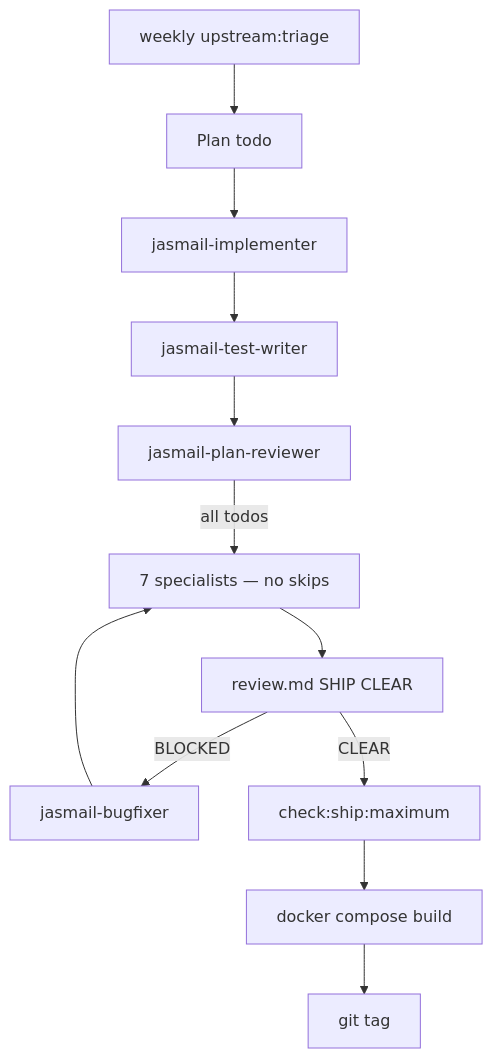
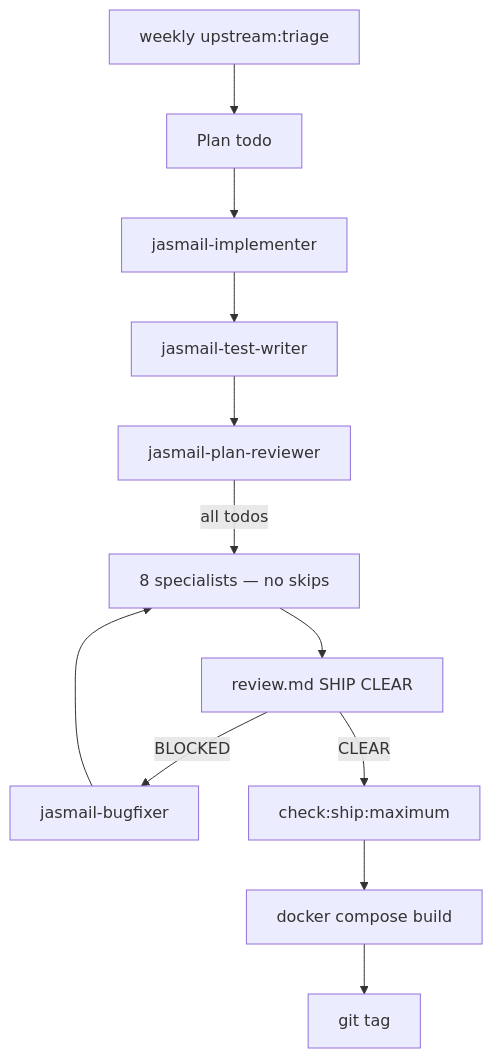
The diagram in docs/DEV_OS.md (jasincanada/jmap-webmail), drawn with Mermaid before and after one commit. The commit also changed other lines of this file and 39 other files, not shown here.

````diff
--- a/docs/DEV_OS.md
+++ b/docs/DEV_OS.md
@@ -36,14 +37,14 @@
 ```mermaid
 flowchart TD
     triage[weekly upstream:triage] --> plan[Plan todo]
     plan --> impl[jasmail-implementer]
     impl --> tests[jasmail-test-writer]
     tests --> micro[jasmail-plan-reviewer]
-    micro -->|all todos| round[7 specialists — no skips]
+    micro -->|all todos| round[8 specialists — no skips]
     round --> artifact[review.md SHIP CLEAR]
     artifact -->|BLOCKED| fix[jasmail-bugfixer]
     fix --> round
     artifact -->|CLEAR| maxgate[check:ship:maximum]
     maxgate --> docker[docker compose build]
     docker --> tag[git tag]
 ```
````
